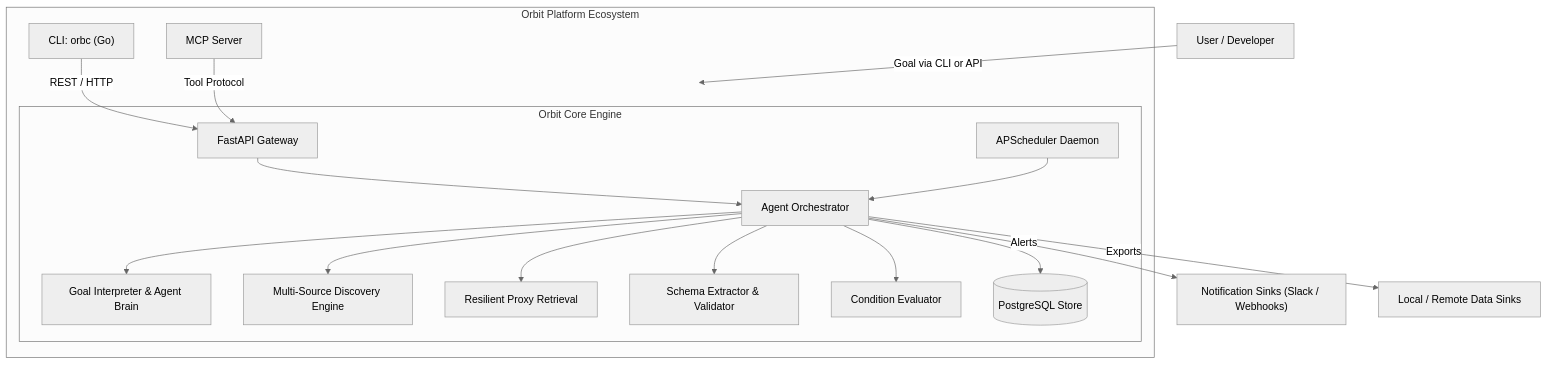
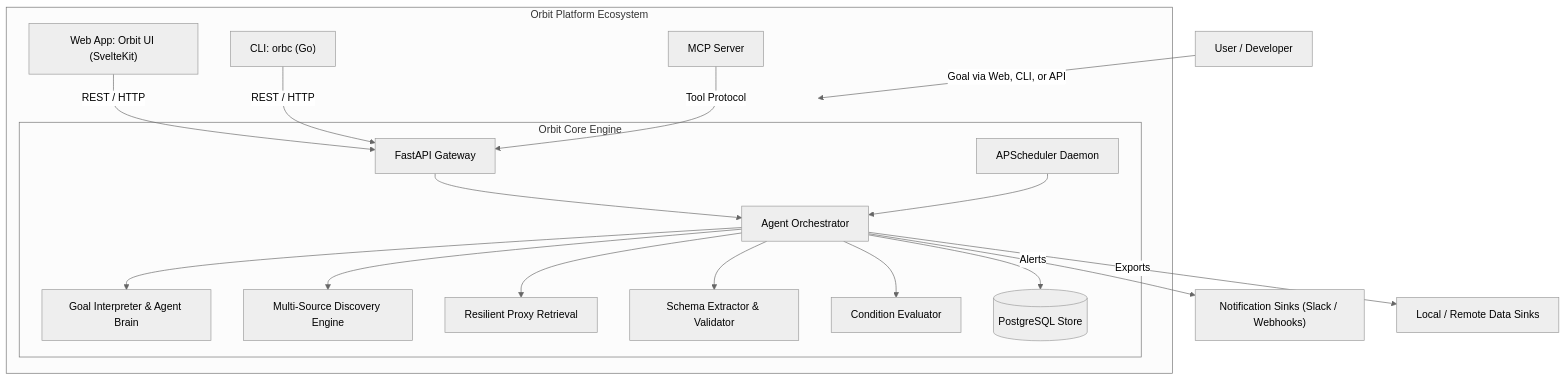
One commit to leoemaxie/orbit changed the diagram in README.md. Above: the diagram before and after it, drawn with Mermaid (neutral theme). The commit also changed other lines of this file and 1 other file, not shown here.

First line of the commit message:
docs: update root README with web app and add documentation for app

````diff
--- a/README.md
+++ b/README.md
@@ -33,23 +34,24 @@
 ```mermaid
 graph TD
-    User["User / Developer"] -->|Goal via CLI or API| Core["Orbit Core Engine (Python)"]
+    User["User / Developer"] -->|Goal via Web, CLI, or API| Core["Orbit Core Engine (Python)"]
     
     subgraph "Orbit Platform Ecosystem"
-        CLI["CLI: orbc (Go)"] -->|REST / HTTP| API["FastAPI Gateway"]
+        Web["Web App: Orbit UI (SvelteKit)"] -->|REST / HTTP| API["FastAPI Gateway"]
+        CLI["CLI: orbc (Go)"] -->|REST / HTTP| API
         MCP["MCP Server"] -->|Tool Protocol| API
         
         subgraph Core ["Orbit Core Engine"]
             API --> Orchestrator["Agent Orchestrator"]
             Orchestrator --> LLM["Goal Interpreter & Agent Brain"]
             Orchestrator --> Discovery["Multi-Source Discovery Engine"]
             Orchestrator --> Retrieval["Resilient Proxy Retrieval"]
             Orchestrator --> Extraction["Schema Extractor & Validator"]
             Orchestrator --> Condition["Condition Evaluator"]
             Orchestrator --> DB[(PostgreSQL Store)]
             Scheduler["APScheduler Daemon"] --> Orchestrator
         end
     end
 
     Orchestrator -->|Alerts| Sinks["Notification Sinks (Slack / Webhooks)"]
     Orchestrator -->|Exports| DataStore["Local / Remote Data Sinks"]
 ```
````
